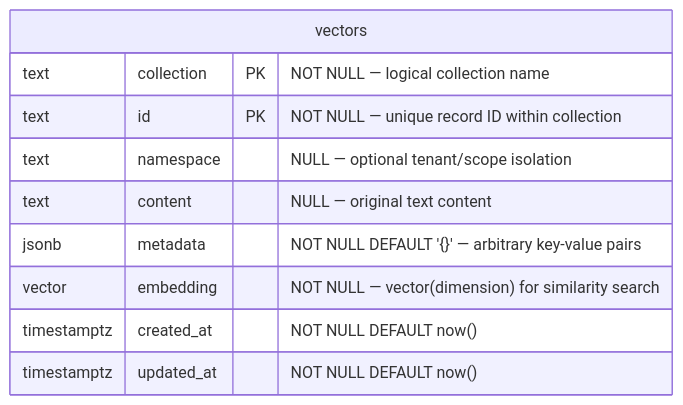
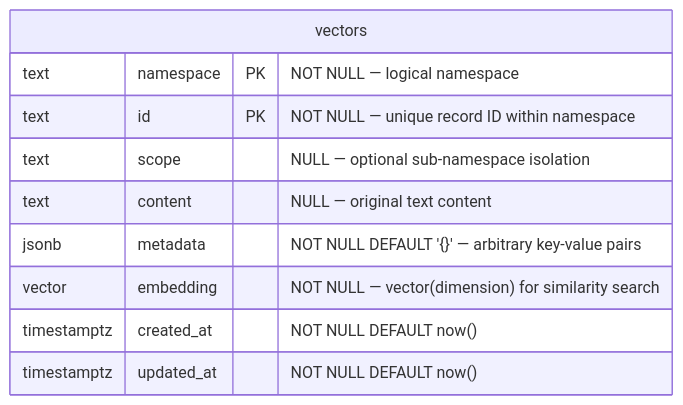
One commit to AJ-comp/Mythosia.AI changed the diagram in vectordb/Mythosia.VectorDb.Postgres/README.md. Above: the diagram before and after it, drawn with Mermaid. The commit also changed other lines of this file and 47 other files, not shown here.

First line of the commit message:
feat!: redesign IVectorStore API — namespace as record/filter property (VectorDb v2.0.0)

````diff
--- a/vectordb/Mythosia.VectorDb.Postgres/README.md
+++ b/vectordb/Mythosia.VectorDb.Postgres/README.md
@@ -31,13 +61,13 @@
 ```mermaid
 erDiagram
     vectors {
-        text collection PK "NOT NULL — logical collection name"
-        text id PK "NOT NULL — unique record ID within collection"
-        text namespace "NULL — optional tenant/scope isolation"
+        text namespace PK "NOT NULL — logical namespace"
+        text id PK "NOT NULL — unique record ID within namespace"
+        text scope "NULL — optional sub-namespace isolation"
         text content "NULL — original text content"
         jsonb metadata "NOT NULL DEFAULT '{}' — arbitrary key-value pairs"
         vector embedding "NOT NULL — vector(dimension) for similarity search"
         timestamptz created_at "NOT NULL DEFAULT now()"
         timestamptz updated_at "NOT NULL DEFAULT now()"
     }
 ```
````
